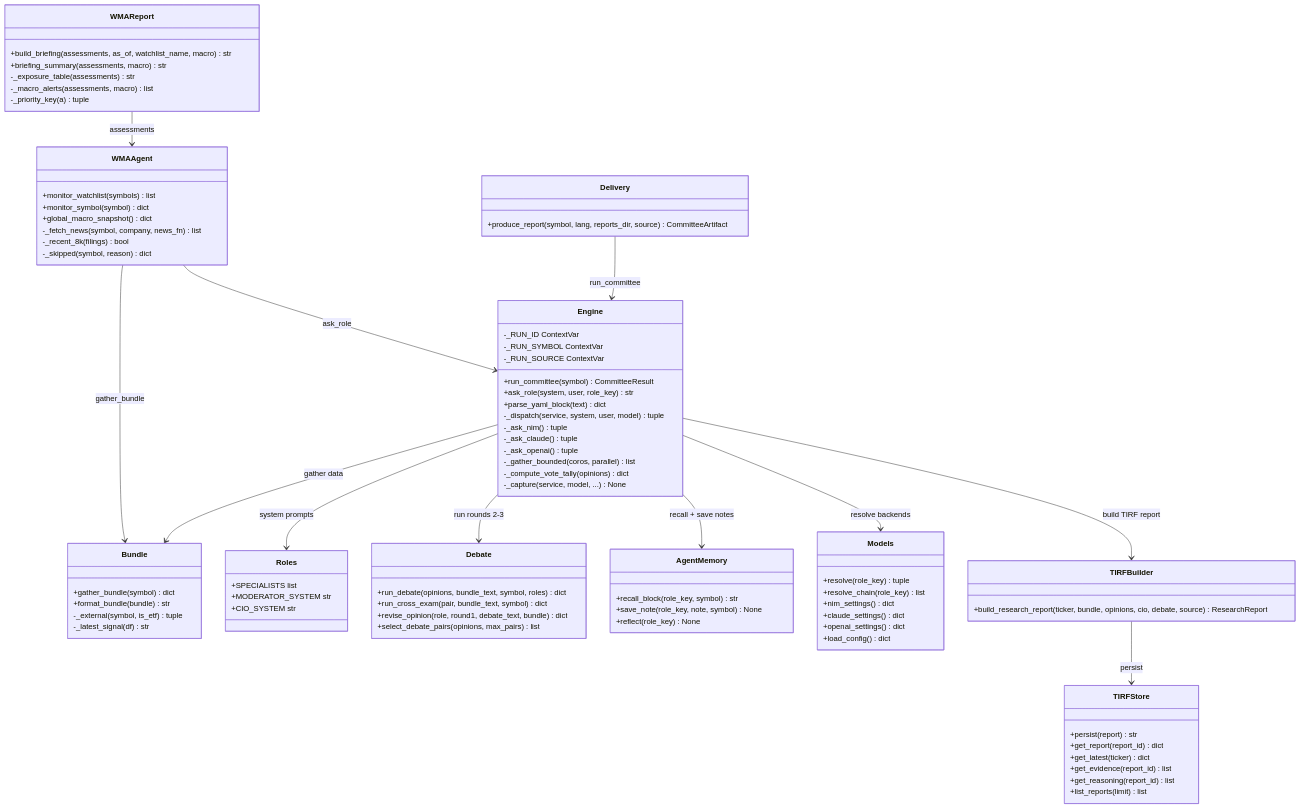
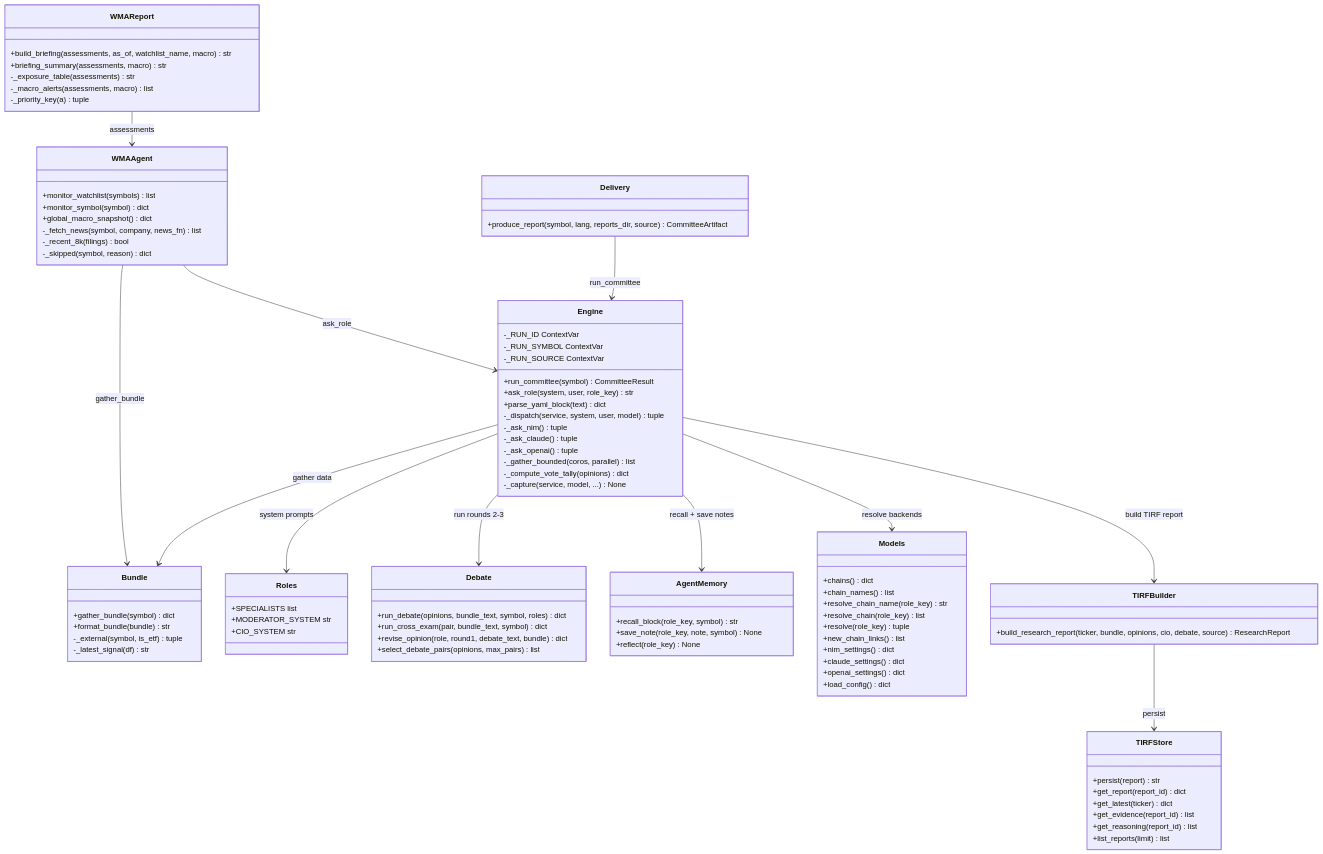
One commit to cloudaipro/CIOAgent changed the second of 5 diagrams in docs/committee-wma-architecture.md. Above: the diagram before and after it, drawn with Mermaid. The commit also changed other lines of this file and 3 other files, not shown here.

First line of the commit message:
docs(committee-wma): update all diagrams for named fallback-chain mechanism

```diff
--- a/docs/committee-wma-architecture.md
+++ b/docs/committee-wma-architecture.md
@@ -243,8 +243,12 @@
     }
 
     class Models {
+        +chains() dict
+        +chain_names() list
+        +resolve_chain_name(role_key) str
+        +resolve_chain(role_key) list
         +resolve(role_key) tuple
-        +resolve_chain(role_key) list
+        +new_chain_links() list
         +nim_settings() dict
         +claude_settings() dict
         +openai_settings() dict
```
